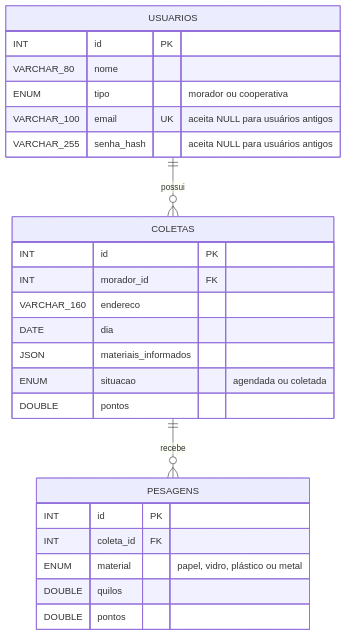
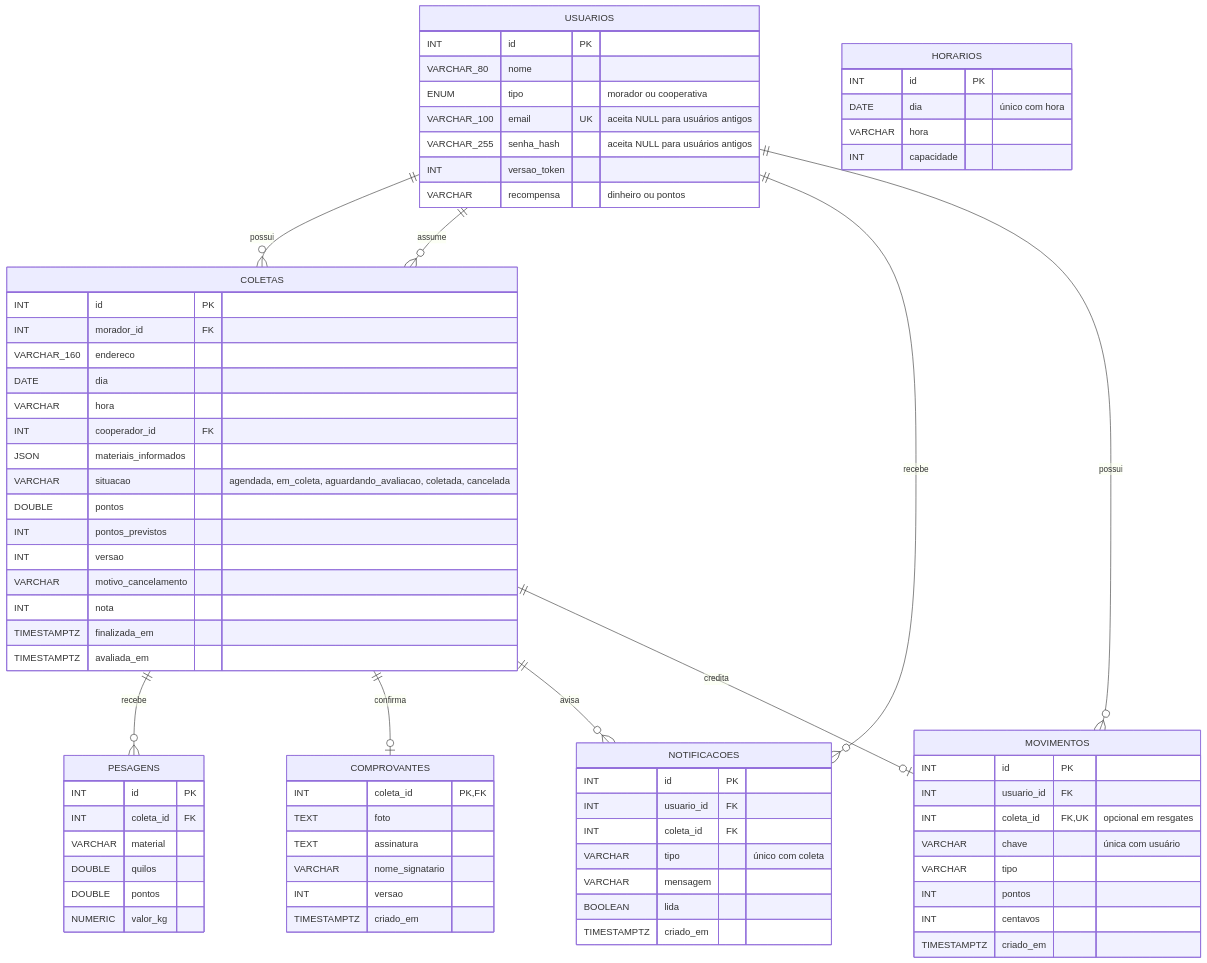
One commit to da0602766-byte/Docs changed the diagram in ciclo-certo/docs/DER.md. Above: the diagram before and after it, drawn with Mermaid. The commit also changed other lines of this file and 47 other files, not shown here.

Commit message:
Implementa agenda, comprovantes e recompensas e corrige tela do cooperador

````diff
--- a/ciclo-certo/docs/DER.md
+++ b/ciclo-certo/docs/DER.md
@@ -5,28 +5,78 @@
 ```mermaid
 erDiagram
     USUARIOS ||--o{ COLETAS : possui
     COLETAS ||--o{ PESAGENS : recebe
+    USUARIOS ||--o{ COLETAS : assume
+    COLETAS ||--o| COMPROVANTES : confirma
+    COLETAS ||--o{ NOTIFICACOES : avisa
+    USUARIOS ||--o{ NOTIFICACOES : recebe
+    USUARIOS ||--o{ MOVIMENTOS : possui
+    COLETAS ||--o| MOVIMENTOS : credita
     USUARIOS {
         INT id PK
         VARCHAR_80 nome
         ENUM tipo "morador ou cooperativa"
         VARCHAR_100 email UK "aceita NULL para usuários antigos"
         VARCHAR_255 senha_hash "aceita NULL para usuários antigos"
+        INT versao_token
+        VARCHAR recompensa "dinheiro ou pontos"
     }
     COLETAS {
         INT id PK
         INT morador_id FK
         VARCHAR_160 endereco
         DATE dia
+        VARCHAR hora
+        INT cooperador_id FK
         JSON materiais_informados
-        ENUM situacao "agendada ou coletada"
+        VARCHAR situacao "agendada, em_coleta, aguardando_avaliacao, coletada, cancelada"
         DOUBLE pontos
+        INT pontos_previstos
+        INT versao
+        VARCHAR motivo_cancelamento
+        INT nota
+        TIMESTAMPTZ finalizada_em
+        TIMESTAMPTZ avaliada_em
     }
     PESAGENS {
         INT id PK
         INT coleta_id FK
-        ENUM material "papel, vidro, plástico ou metal"
+        VARCHAR material
         DOUBLE quilos
         DOUBLE pontos
+        NUMERIC valor_kg
+    }
+    HORARIOS {
+        INT id PK
+        DATE dia "único com hora"
+        VARCHAR hora
+        INT capacidade
+    }
+    COMPROVANTES {
+        INT coleta_id PK,FK
+        TEXT foto
+        TEXT assinatura
+        VARCHAR nome_signatario
+        INT versao
+        TIMESTAMPTZ criado_em
+    }
+    NOTIFICACOES {
+        INT id PK
+        INT usuario_id FK
+        INT coleta_id FK
+        VARCHAR tipo "único com coleta"
+        VARCHAR mensagem
+        BOOLEAN lida
+        TIMESTAMPTZ criado_em
+    }
+    MOVIMENTOS {
+        INT id PK
+        INT usuario_id FK
+        INT coleta_id FK,UK "opcional em resgates"
+        VARCHAR chave "única com usuário"
+        VARCHAR tipo
+        INT pontos
+        INT centavos
+        TIMESTAMPTZ criado_em
     }
 ```
````
